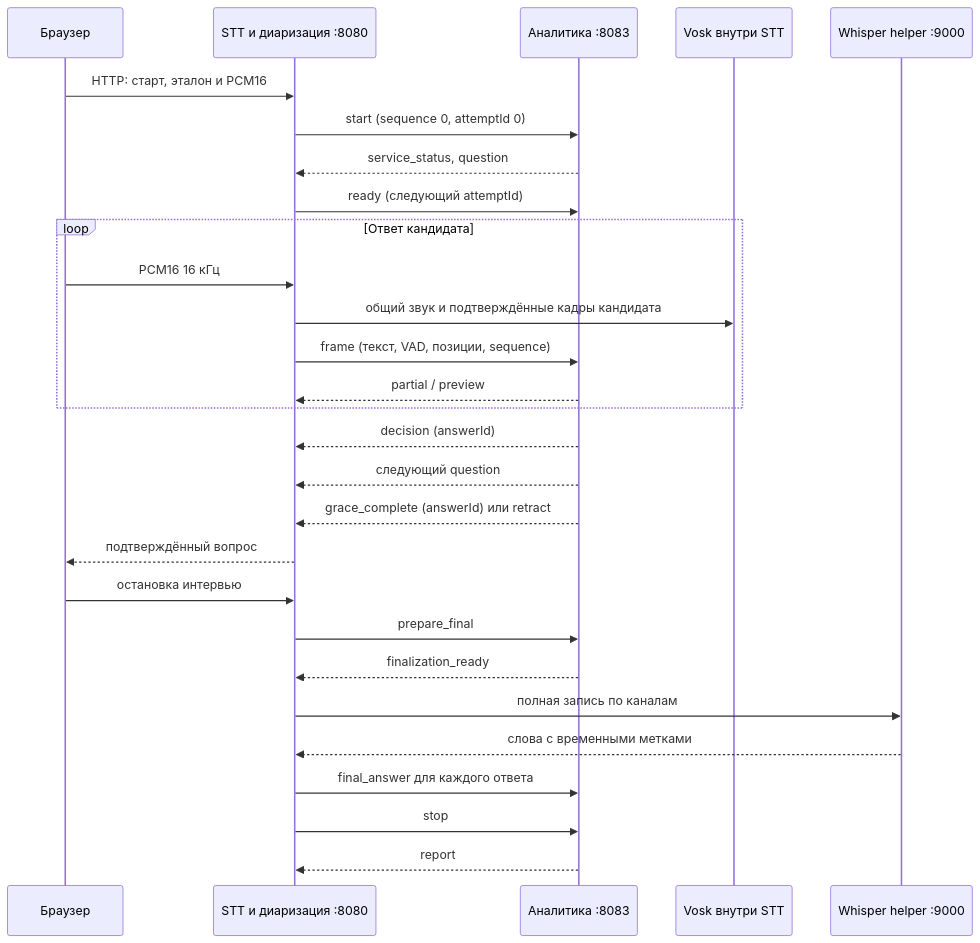
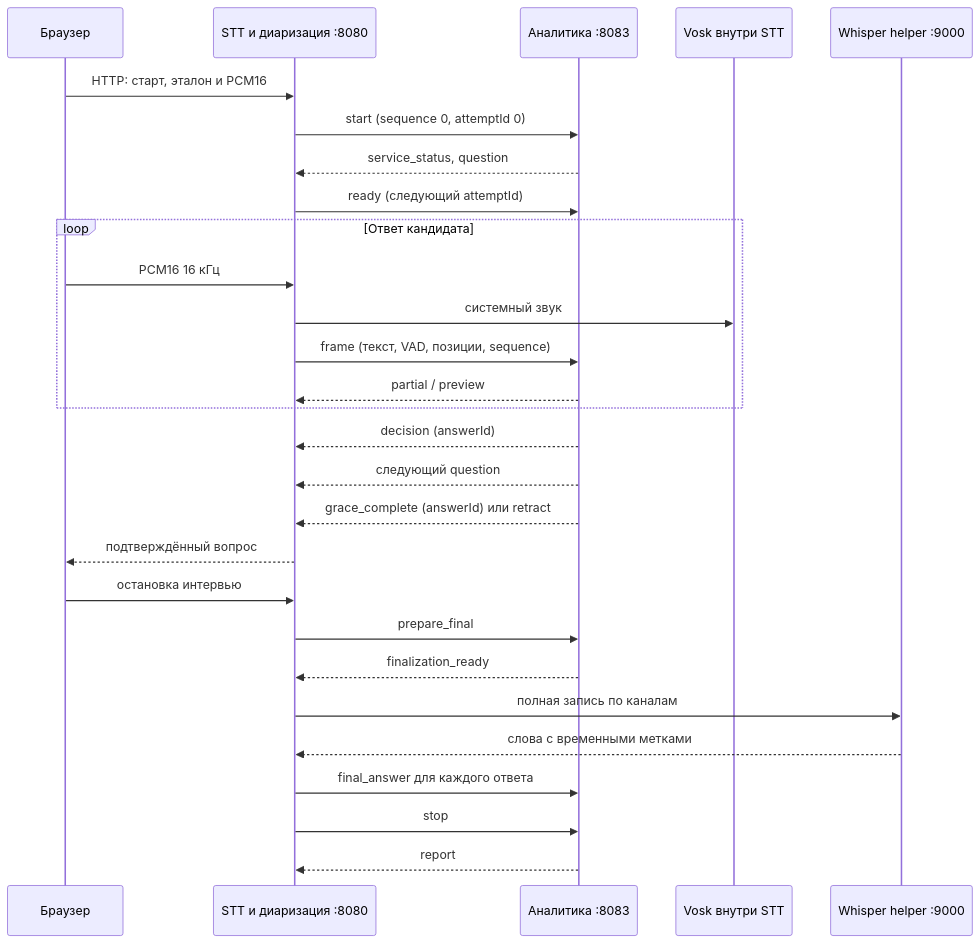
One commit to ArtemSorin/stt-platform changed the diagram in docs/api/interview-events.md. Above: the diagram before and after it, drawn with Mermaid. The commit also changed other lines of this file and 32 other files, not shown here.

````diff
--- a/docs/api/interview-events.md
+++ b/docs/api/interview-events.md
@@ -74,30 +74,30 @@
 ```mermaid
 sequenceDiagram
     participant B as Браузер
     participant S as STT и диаризация :8080
     participant A as Аналитика :8083
     participant V as Vosk внутри STT
     participant W as Whisper helper :9000
     B->>S: HTTP: старт, эталон и PCM16
     S->>A: start (sequence 0, attemptId 0)
     A-->>S: service_status, question
     S->>A: ready (следующий attemptId)
     loop Ответ кандидата
         B->>S: PCM16 16 кГц
-        S->>V: общий звук и подтверждённые кадры кандидата
+        S->>V: системный звук
         S->>A: frame (текст, VAD, позиции, sequence)
         A-->>S: partial / preview
     end
     A-->>S: decision (answerId)
     A-->>S: следующий question
     A-->>S: grace_complete (answerId) или retract
     S-->>B: подтверждённый вопрос
     B->>S: остановка интервью
     S->>A: prepare_final
     A-->>S: finalization_ready
     S->>W: полная запись по каналам
     W-->>S: слова с временными метками
     S->>A: final_answer для каждого ответа
     S->>A: stop
     A-->>S: report
 ```
````
